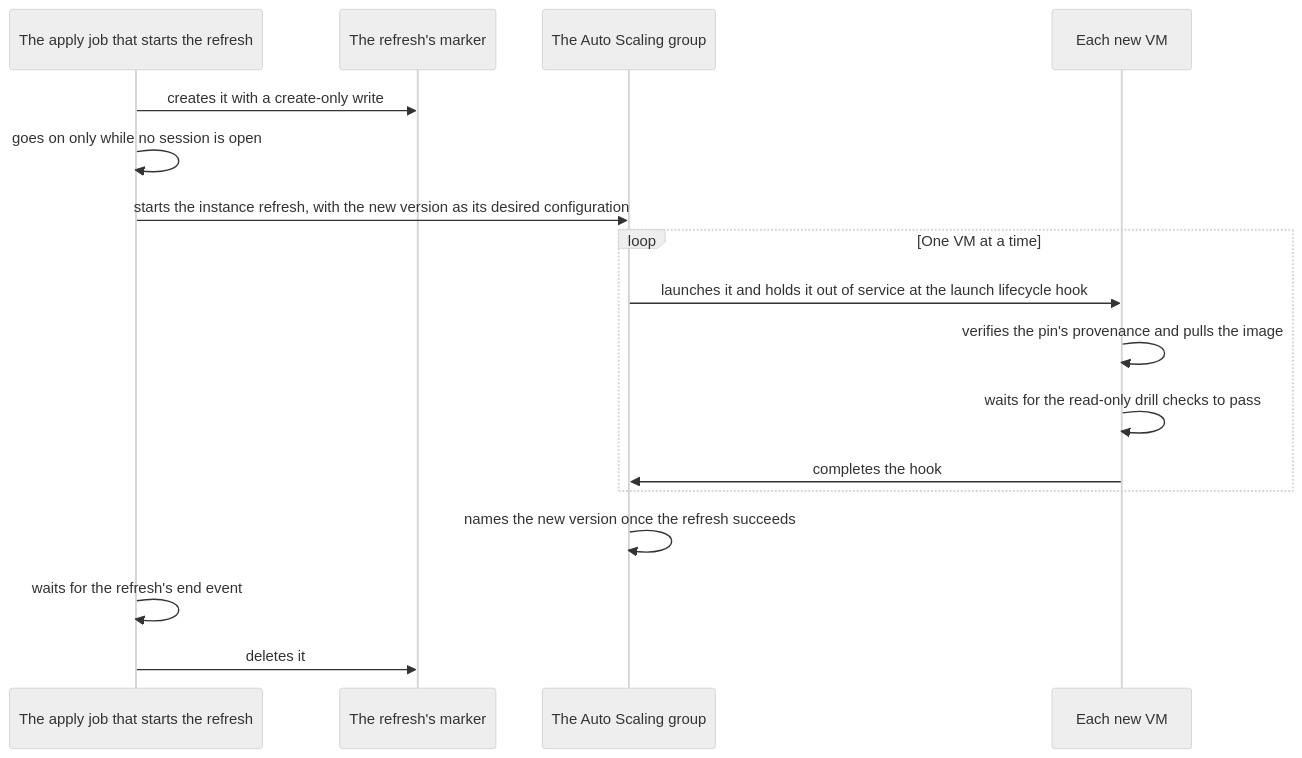
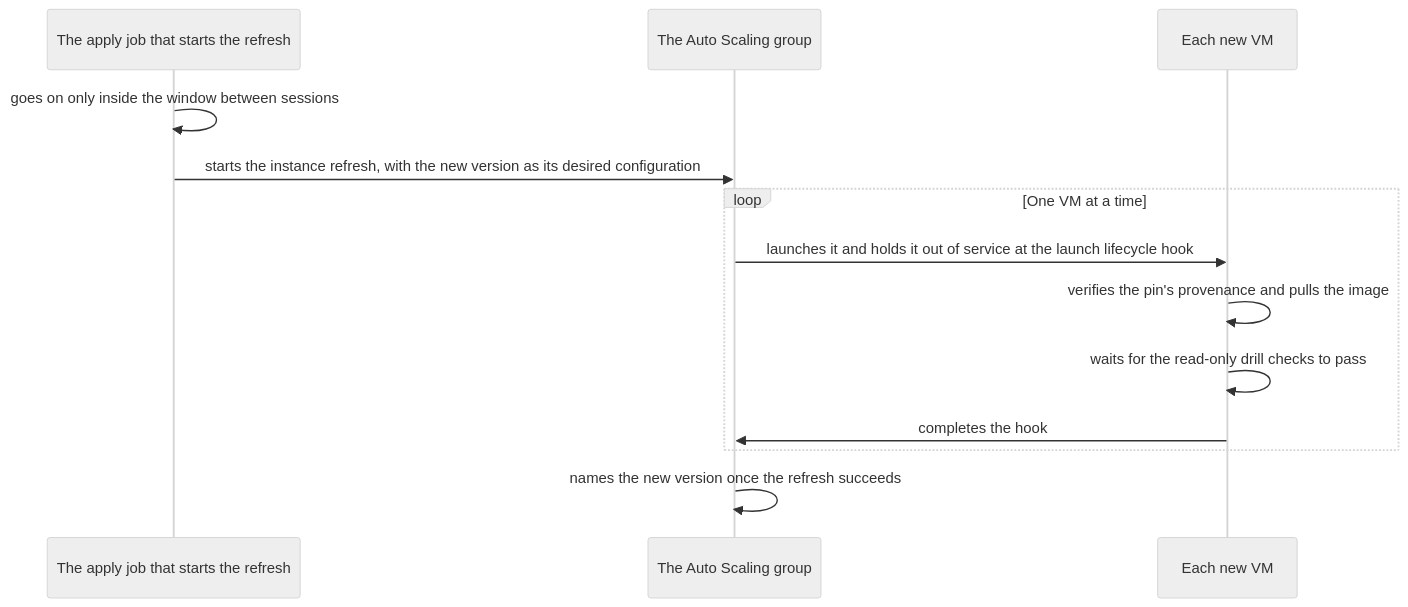
The third of 5 diagrams in docs/architecture/07-deployment.md (l3a0/ithildin-runtime), drawn with Mermaid (neutral theme) before and after one commit. The commit also changed other lines of this file and 3 other files, not shown here.

First line of the commit message:
docs: replace the refresh and drill markers with a window between sessions

````diff
--- a/docs/architecture/07-deployment.md
+++ b/docs/architecture/07-deployment.md
@@ -581,19 +572,15 @@
 ```mermaid
 sequenceDiagram
     participant Job as The apply job that starts the refresh
-    participant Marker as The refresh's marker
     participant Group as The Auto Scaling group
     participant VM as Each new VM
-    Job->>Marker: creates it with a create-only write
-    Job->>Job: goes on only while no session is open
+    Job->>Job: goes on only inside the window between sessions
     Job->>Group: starts the instance refresh, with the new version as its desired configuration
     loop One VM at a time
         Group->>VM: launches it and holds it out of service at the launch lifecycle hook
         VM->>VM: verifies the pin's provenance and pulls the image
         VM->>VM: waits for the read-only drill checks to pass
         VM->>Group: completes the hook
     end
     Group->>Group: names the new version once the refresh succeeds
-    Job->>Job: waits for the refresh's end event
-    Job->>Marker: deletes it
 ```
````
